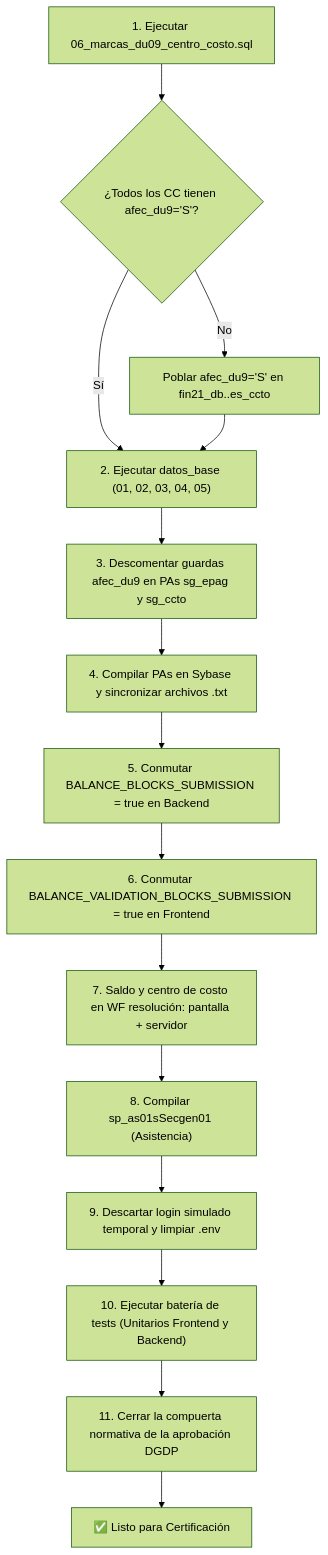
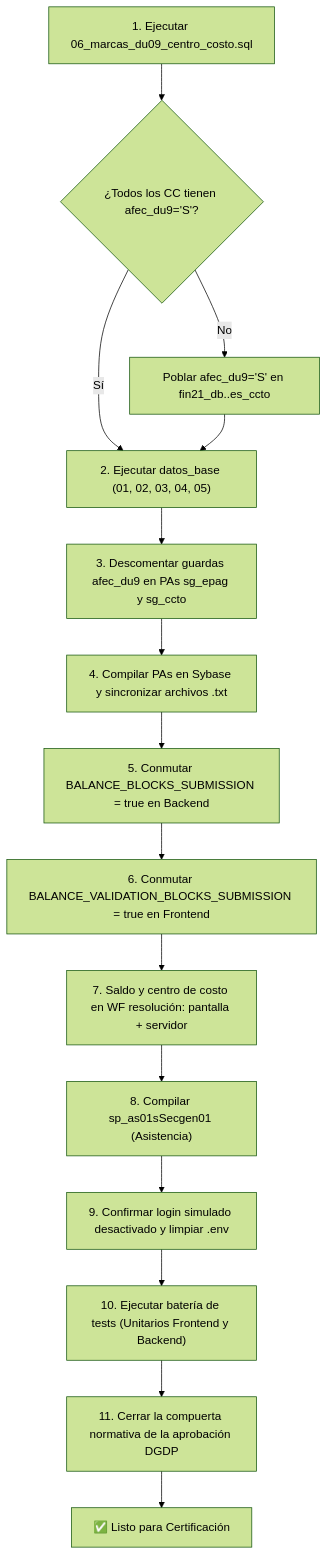
Before and after one commit to estebanlizama/template_wf_pagos: the diagram in checklist_validaciones_y_paso_a_certificacion.md, drawn with Mermaid (forest theme). The commit also changed other lines of this file and 4 other files, not shown here.

````diff
--- a/checklist_validaciones_y_paso_a_certificacion.md
+++ b/checklist_validaciones_y_paso_a_certificacion.md
@@ -189,17 +191,17 @@
 ```mermaid
 flowchart TD
     A["1. Ejecutar 06_marcas_du09_centro_costo.sql"] --> B{"¿Todos los CC tienen afec_du9='S'?"}
     B -- No --> C["Poblar afec_du9='S' en fin21_db..es_ccto"]
     B -- Sí --> D["2. Ejecutar datos_base (01, 02, 03, 04, 05)"]
     C --> D
     D --> E["3. Descomentar guardas afec_du9 en PAs sg_epag y sg_ccto"]
     E --> F["4. Compilar PAs en Sybase y sincronizar archivos .txt"]
     F --> G["5. Conmutar BALANCE_BLOCKS_SUBMISSION = true en Backend"]
     G --> H["6. Conmutar BALANCE_VALIDATION_BLOCKS_SUBMISSION = true en Frontend"]
     H --> R["7. Saldo y centro de costo en WF resolución: pantalla + servidor"]
     R --> I["8. Compilar sp_as01sSecgen01 (Asistencia)"]
-    I --> J["9. Descartar login simulado temporal y limpiar .env"]
+    I --> J["9. Confirmar login simulado desactivado y limpiar .env"]
     J --> K["10. Ejecutar batería de tests (Unitarios Frontend y Backend)"]
     K --> M["11. Cerrar la compuerta normativa de la aprobación DGDP"]
     M --> L["✅ Listo para Certificación"]
 ```
````
